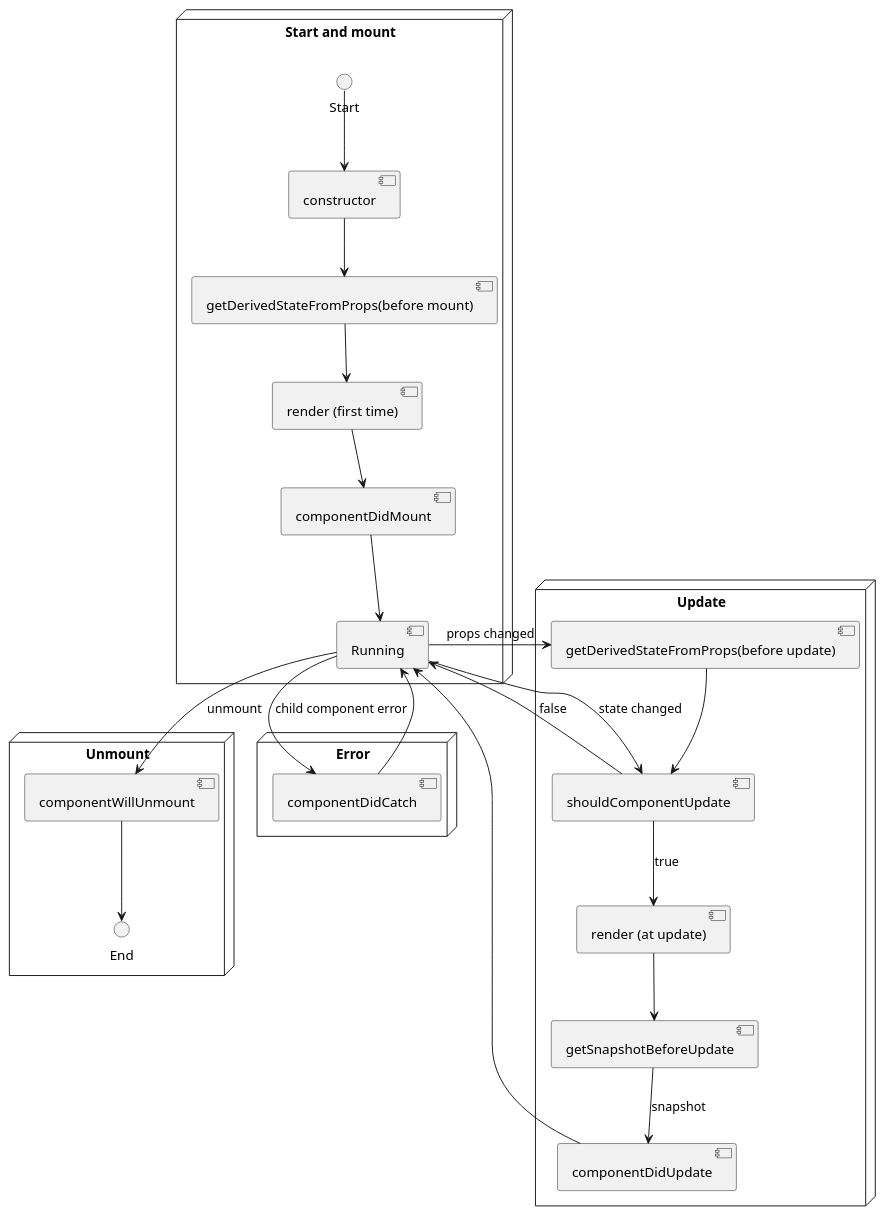
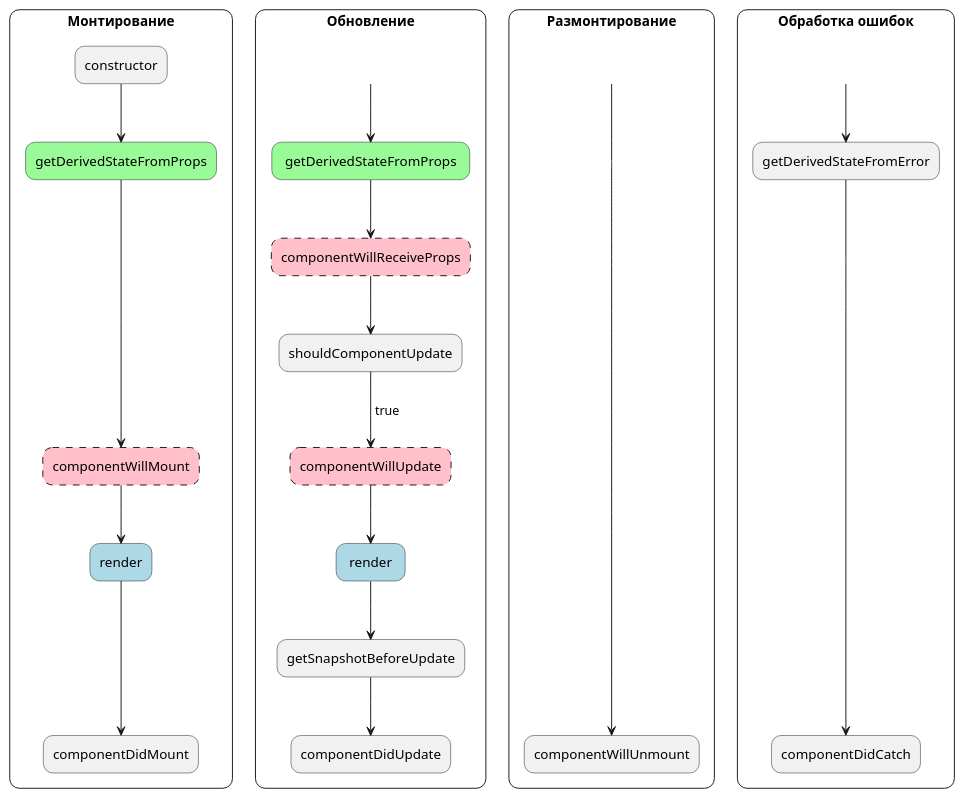
The diagram in README.md (HunteRPVP/React-Lifecycle-Diagram), drawn with PlantUML before and after one commit. The commit also changed other lines of this file, not shown here.

````diff
--- a/README.md
+++ b/README.md
@@ -3,32 +3,61 @@
 ```plantuml
 @startuml
-node "Start and mount" {
-Start --> [constructor]
-[constructor] --> [getDerivedStateFromProps(before mount)]
-[getDerivedStateFromProps(before mount)] --> [render (first time)]
-[render (first time)] --> [componentDidMount]
-[componentDidMount] --> [Running]
+skinparam rectangle {
+RoundCorner 20
+shadowing false
 }
 
-node "Update" {
-[Running] --> [getDerivedStateFromProps(before update)] : props changed
-[Running] --> [shouldComponentUpdate] : state changed
-[getDerivedStateFromProps(before update)] --> [shouldComponentUpdate]
-[shouldComponentUpdate] --> [Running] : false
-[shouldComponentUpdate] --> [render (at update)] : true
-[render (at update)] --> [getSnapshotBeforeUpdate]
-[getSnapshotBeforeUpdate] --> [componentDidUpdate] : snapshot
-[componentDidUpdate] --> [Running]
+rectangle Монтирование {
+
+rectangle constructor
+rectangle getDerivedStateFromProps #palegreen
+rectangle componentWillMount #pink;line.dashed
+rectangle render #lightblue
+rectangle componentDidMount
+
+constructor --> getDerivedStateFromProps
+getDerivedStateFromProps ----> componentWillMount
+componentWillMount --> render
+render ---> componentDidMount
 }
 
-node "Unmount" {
-[Running] --> [componentWillUnmount] : unmount
-[componentWillUnmount] --> End
+rectangle Обновление {
+
+rectangle "empty " as e #transparent;line:transparent;text:transparent
+rectangle " getDerivedStateFromProps " as gdsfp #palegreen
+rectangle componentWillReceiveProps #pink;line.dashed
+rectangle shouldComponentUpdate
+rectangle componentWillUpdate #pink;line.dashed
+rectangle " render " as r #lightblue
+rectangle getSnapshotBeforeUpdate
+rectangle componentDidUpdate
+
+e --> gdsfp
+gdsfp --> componentWillReceiveProps
+componentWillReceiveProps --> shouldComponentUpdate
+shouldComponentUpdate --> componentWillUpdate : " true"
+componentWillUpdate --> r
+r --> getSnapshotBeforeUpdate
+getSnapshotBeforeUpdate --> componentDidUpdate
 }
 
-node "Error" {
-[Running] --> [componentDidCatch] : child component error
-[componentDidCatch] --> [Running]
+rectangle Размонтирование {
+
+rectangle empty #transparent;line:transparent;text:transparent
+rectangle componentWillUnmount
+
+empty --------> componentWillUnmount
+}
+
+rectangle "Обработка ошибок" {
+
+rectangle "empty  " as em #transparent;line:transparent;text:transparent
+
+rectangle getDerivedStateFromError
+rectangle componentDidCatch
+
+em --> getDerivedStateFromError
+getDerivedStateFromError -------> componentDidCatch
 }
 @enduml
 ```
````
